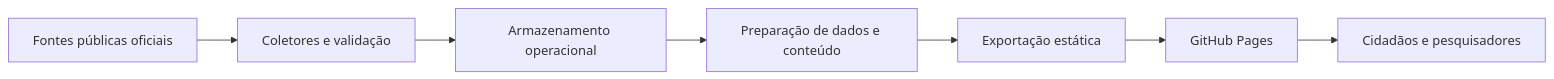
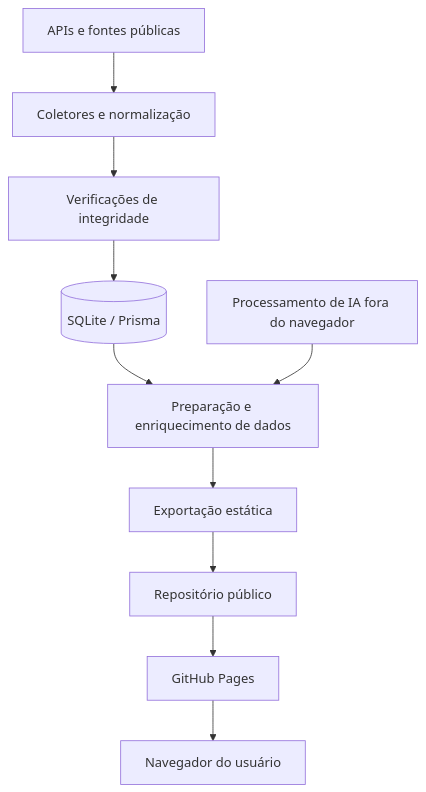
One commit to leomoreiraa/ruido changed the diagram in README.md. Above: the diagram before and after it, drawn with Mermaid. The commit also changed other lines of this file, not shown here.

Commit message:
docs: expand README with setup, local development, architecture, scripts and contribution guide

````diff
--- a/README.md
+++ b/README.md
@@ -51,9 +87,12 @@
 ```mermaid
-flowchart LR
-    A["Fontes públicas oficiais"] --> B["Coletores e validação"]
-    B --> C["Armazenamento operacional"]
-    C --> D["Preparação de dados e conteúdo"]
-    D --> E["Exportação estática"]
-    E --> F["GitHub Pages"]
-    F --> G["Cidadãos e pesquisadores"]
+flowchart TD
+    A["APIs e fontes públicas"] --> B["Coletores e normalização"]
+    B --> C["Verificações de integridade"]
+    C --> D[("SQLite / Prisma")]
+    D --> E["Preparação e enriquecimento de dados"]
+    E --> F["Exportação estática"]
+    F --> G["Repositório público"]
+    G --> H["GitHub Pages"]
+    H --> I["Navegador do usuário"]
+    J["Processamento de IA fora do navegador"] --> E
 ```
````
